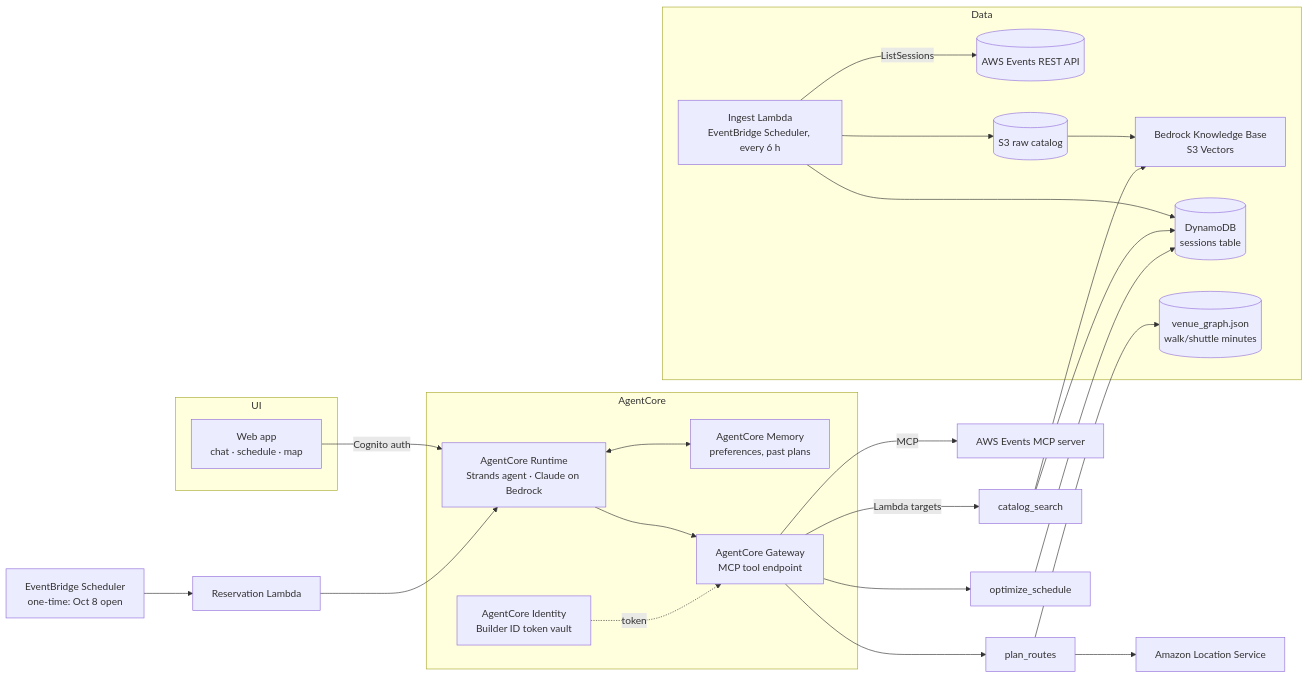
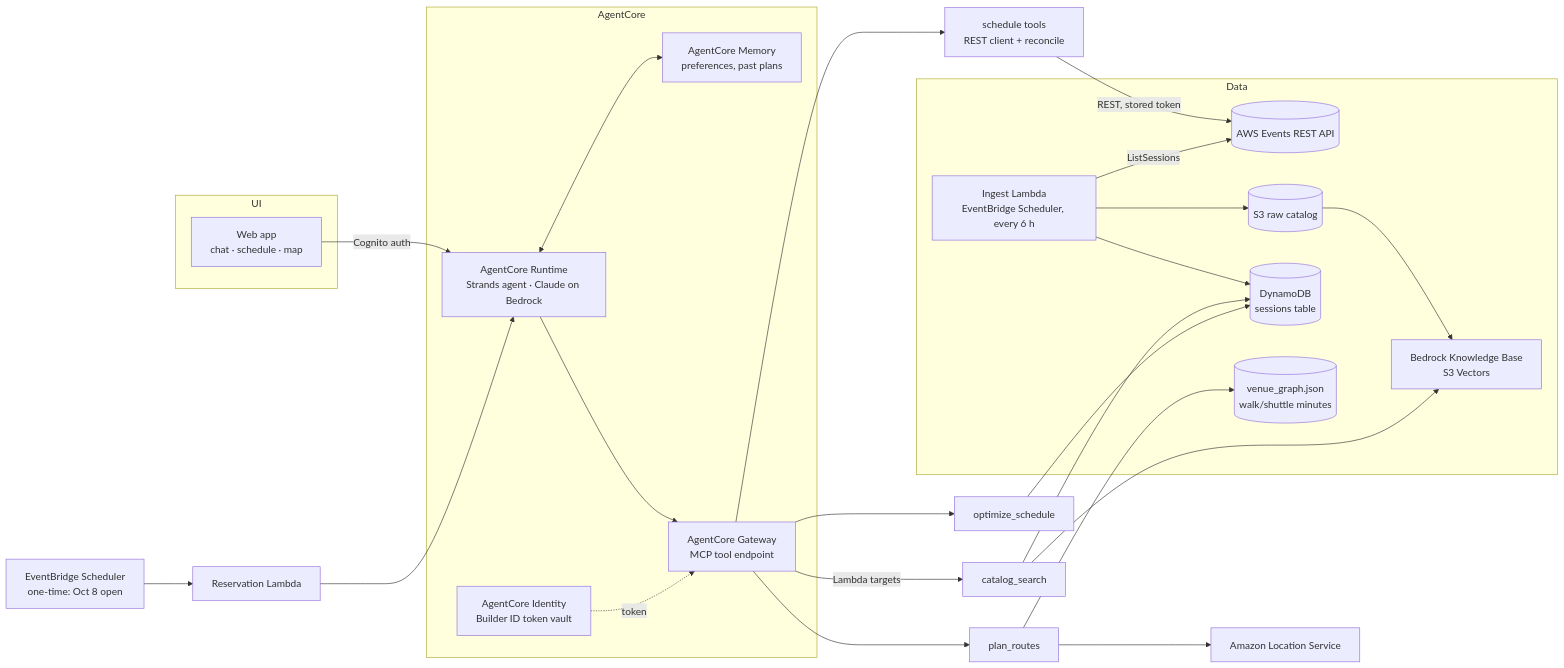
Before and after one commit to manumaan/reinvent-agent: the diagram in docs/DESIGN.md, drawn with Mermaid. The commit also changed other lines of this file and 10 other files, not shown here.

First line of the commit message:
Align Events API client and auth with the developer guide

````diff
--- a/docs/DESIGN.md
+++ b/docs/DESIGN.md
@@ -38,35 +45,36 @@
 ```mermaid
 flowchart LR
   subgraph UI
     W[Web app<br/>chat · schedule · map]
   end
   W -->|Cognito auth| AR
 
   subgraph AgentCore
     AR[AgentCore Runtime<br/>Strands agent · Claude on Bedrock]
     MEM[AgentCore Memory<br/>preferences, past plans]
     ID[AgentCore Identity<br/>Builder ID token vault]
     GW[AgentCore Gateway<br/>MCP tool endpoint]
   end
   AR <--> MEM
   AR --> GW
-  GW -->|MCP| EVMCP[AWS Events MCP server]
   GW -->|Lambda targets| T1[catalog_search]
+  GW --> T4[schedule tools<br/>REST client + reconcile]
+  T4 -->|REST, stored token| API
   GW --> T2[optimize_schedule]
   GW --> T3[plan_routes]
   ID -.token.-> GW
 
   subgraph Data
     ING[Ingest Lambda<br/>EventBridge Scheduler, every 6 h] -->|ListSessions| API[(AWS Events REST API)]
     ING --> S3[(S3 raw catalog)]
     S3 --> KB[Bedrock Knowledge Base<br/>S3 Vectors]
     ING --> DDB[(DynamoDB<br/>sessions table)]
     VG[(venue_graph.json<br/>walk/shuttle minutes)]
   end
   T1 --> KB & DDB
   T2 --> DDB
   T3 --> VG & LOC[Amazon Location Service]
 
   SCH[EventBridge Scheduler<br/>one-time: Oct 8 open] --> RES[Reservation Lambda]
   RES --> AR
 ```
````
